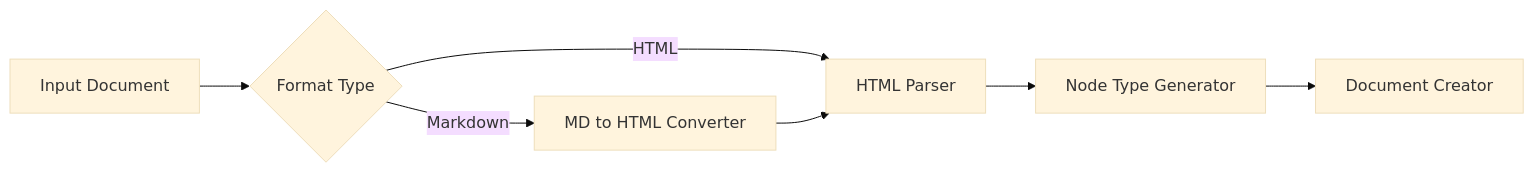
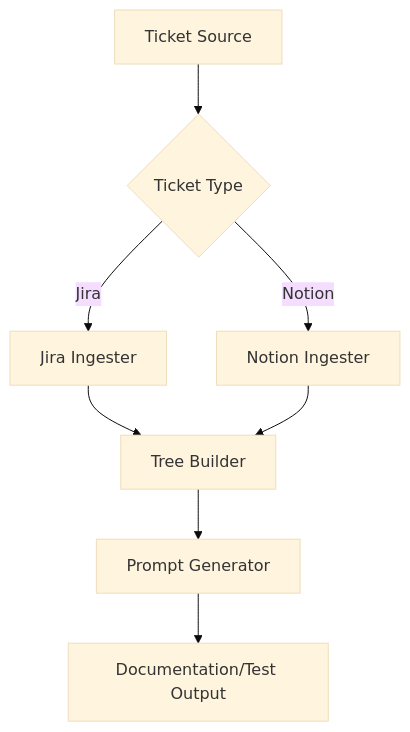
Before and after one commit to pb-96/Auto-docx: the diagram in README.md, drawn with Mermaid (base theme). The commit also changed other lines of this file and 4 other files, not shown here.

````diff
--- a/README.md
+++ b/README.md
@@ -30,9 +39,10 @@
    ```mermaid
-   graph LR
-       A[Input Document] --> B{Format Type}
-       B -->|Markdown| C[MD to HTML Converter]
-       B -->|HTML| D[HTML Parser]
-       C --> D
-       D --> E[Node Type Generator]
-       E --> F[Document Creator]
+   graph TD;
+       A[Ticket Source]-->B{Ticket Type};
+       B-->|Jira|C[Jira Ingester];
+       B-->|Notion|D[Notion Ingester];
+       C-->E[Tree Builder];
+       D-->E;
+       E-->F[Prompt Generator];
+       F-->G[Documentation/Test Output];
    ```
````
